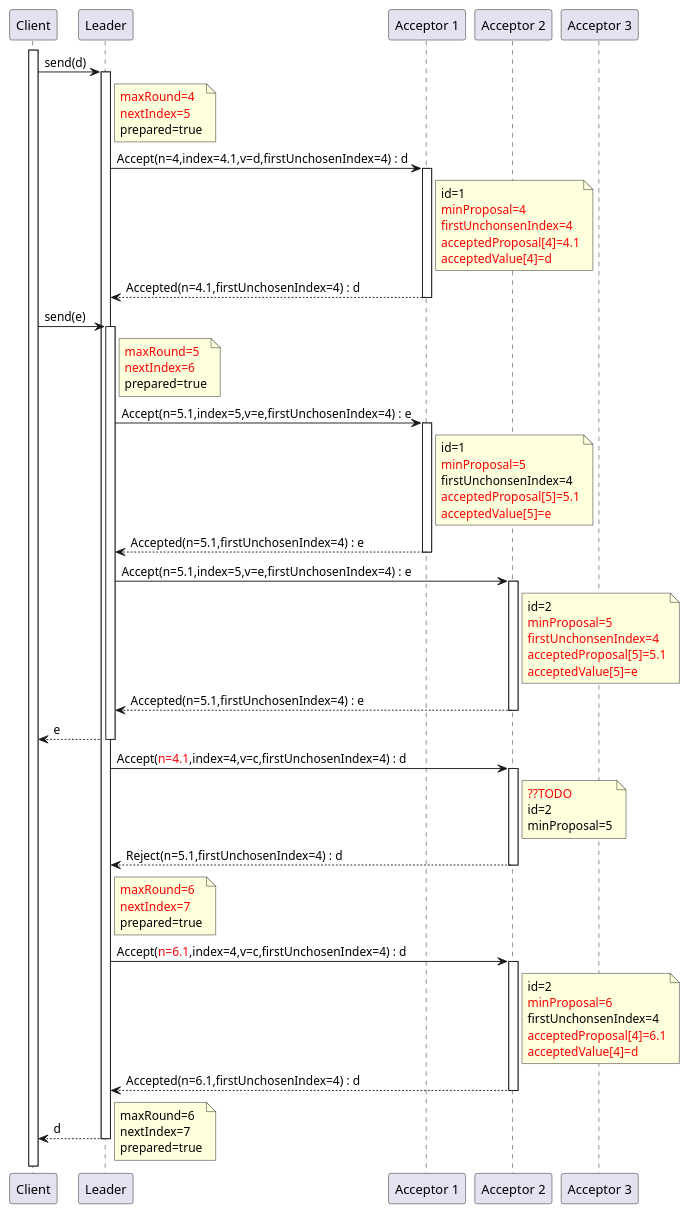
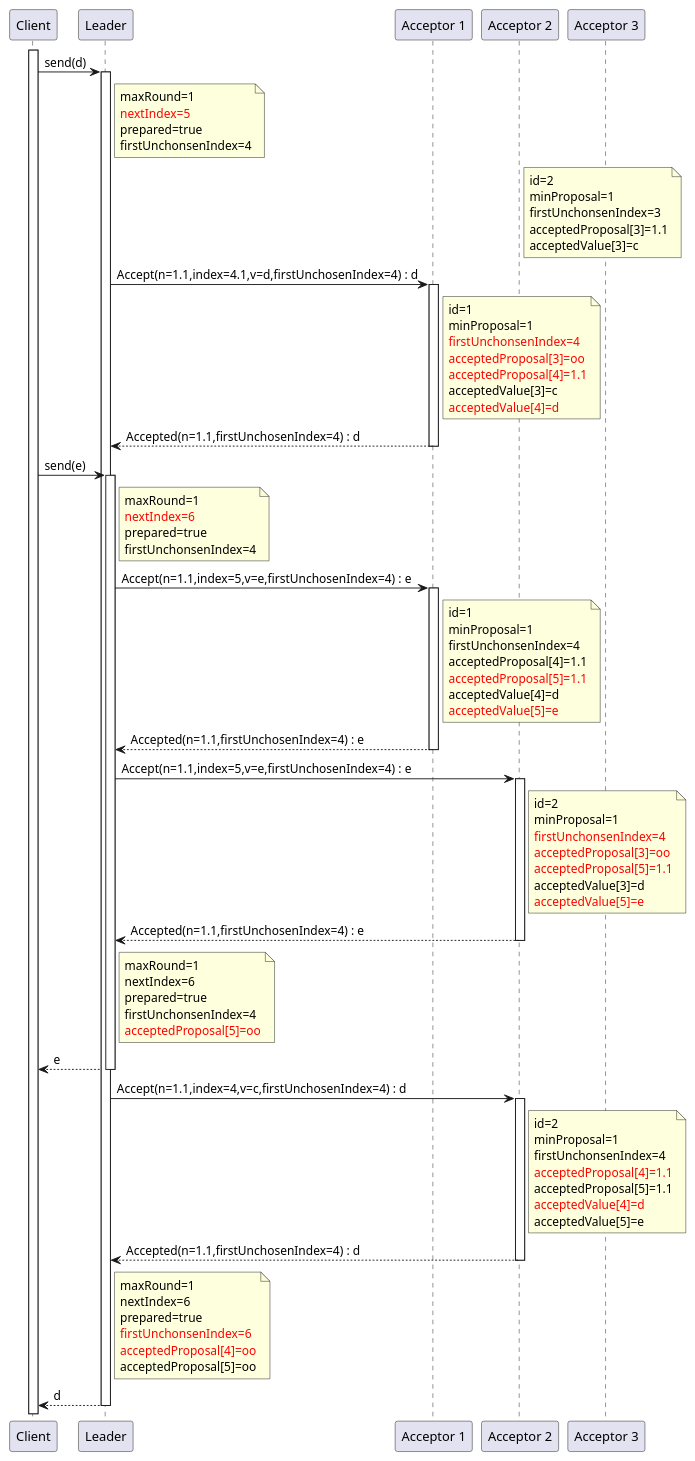
Before and after one commit to nocnob/notfound: the fourth of 4 diagrams in src/pages/posts/distribution-paxos-multi.adoc, drawn with PlantUML. The commit also changed other lines of this file and 3 other files, not shown here.

```diff
--- a/src/pages/posts/distribution-paxos-multi.adoc
+++ b/src/pages/posts/distribution-paxos-multi.adoc
@@ -340,88 +403,102 @@
 
 activate c
 c -> l : send(d)
+activate l
 note right l
-    <font color=red>maxRound=4
+    maxRound=1
     <font color=red>nextIndex=5
     prepared=true
+    firstUnchonsenIndex=4
 end note
-activate l
-    l -> a1 : Accept(n=4,index=4.1,v=d,firstUnchosenIndex=4) : d
+note right a2
+    id=2
+    minProposal=1
+    firstUnchonsenIndex=3
+    acceptedProposal[3]=1.1
+    acceptedValue[3]=c
+end note
+    l -> a1 : Accept(n=1.1,index=4.1,v=d,firstUnchosenIndex=4) : d
     activate a1
     note right a1
         id=1
-        <font color=red>minProposal=4
+        minProposal=1
         <font color=red>firstUnchonsenIndex=4
-        <font color=red>acceptedProposal[4]=4.1
+        <font color=red>acceptedProposal[3]=oo
+        <font color=red>acceptedProposal[4]=1.1
+        acceptedValue[3]=c
         <font color=red>acceptedValue[4]=d
     end note
-    l <-- a1 : Accepted(n=4.1,firstUnchosenIndex=4) : d
+    l <-- a1 : Accepted(n=1.1,firstUnchosenIndex=4) : d
     deactivate a1
 
 c -> l : send(e)
 activate l
 note right l
-    <font color=red>maxRound=5
+    maxRound=1
     <font color=red>nextIndex=6
     prepared=true
+    firstUnchonsenIndex=4
 end note
-    l -> a1 : Accept(n=5.1,index=5,v=e,firstUnchosenIndex=4) : e
+    l -> a1 : Accept(n=1.1,index=5,v=e,firstUnchosenIndex=4) : e
     note right a1
         id=1
-        <font color=red>minProposal=5
+        minProposal=1
         firstUnchonsenIndex=4
-        <font color=red>acceptedProposal[5]=5.1
+        acceptedProposal[4]=1.1
+        <font color=red>acceptedProposal[5]=1.1
+        acceptedValue[4]=d
         <font color=red>acceptedValue[5]=e
     end note
     activate a1
-    l <-- a1 : Accepted(n=5.1,firstUnchosenIndex=4) : e
+    l <-- a1 : Accepted(n=1.1,firstUnchosenIndex=4) : e
     deactivate a1
-    l -> a2 : Accept(n=5.1,index=5,v=e,firstUnchosenIndex=4) : e
+
+    l -> a2 : Accept(n=1.1,index=5,v=e,firstUnchosenIndex=4) : e
     activate a2
     note right a2
         id=2
-        <font color=red>minProposal=5
+        minProposal=1
         <font color=red>firstUnchonsenIndex=4
-        <font color=red>acceptedProposal[5]=5.1
+        <font color=red>acceptedProposal[3]=oo
+        <font color=red>acceptedProposal[5]=1.1
+        acceptedValue[3]=d
         <font color=red>acceptedValue[5]=e
     end note
-    l <-- a2 : Accepted(n=5.1,firstUnchosenIndex=4) : e
+    l <-- a2 : Accepted(n=1.1,firstUnchosenIndex=4) : e
     deactivate a2
+note right l
+    maxRound=1
+    nextIndex=6
+    prepared=true
+    firstUnchonsenIndex=4
+    <font color=red>acceptedProposal[5]=oo
+end note
 c <-- l : e
 deactivate l
 
-    l -> a2 : Accept(<font color=red>n=4.1</font>,index=4,v=c,firstUnchosenIndex=4) : d
+    l -> a2 : Accept(n=1.1,index=4,v=c,firstUnchosenIndex=4) : d
     activate a2
     note right a2
-        <font color=red>??TODO
         id=2
-        minProposal=5
+        minProposal=1
+        firstUnchonsenIndex=4
+        <font color=red>acceptedProposal[4]=1.1
+        acceptedProposal[5]=1.1
+        <font color=red>acceptedValue[4]=d
+        acceptedValue[5]=e
     end note
-    l <-- a2 : Reject(n=5.1,firstUnchosenIndex=4) : d
+    l <-- a2 : Accepted(n=1.1,firstUnchosenIndex=4) : d
     deactivate a2
 
     note right l
-        <font color=red>maxRound=6
-        <font color=red>nextIndex=7
+        maxRound=1
+        nextIndex=6
         prepared=true
+        <font color=red>firstUnchonsenIndex=6
+        <font color=red>acceptedProposal[4]=oo
+        acceptedProposal[5]=oo
     end note
-    l -> a2 : Accept(<font color=red>n=6.1</font>,index=4,v=c,firstUnchosenIndex=4) : d
-    activate a2
-    note right a2
-        id=2
-        <font color=red>minProposal=6
-        firstUnchonsenIndex=4
-        <font color=red>acceptedProposal[4]=6.1
-        <font color=red>acceptedValue[4]=d
-    end note
-    l <-- a2 : Accepted(n=6.1,firstUnchosenIndex=4) : d
-    deactivate a2
 c <-- l : d
 deactivate l
-note right
-    maxRound=6
-    nextIndex=7
-    prepared=true
-end note
 @enduml
 ----
```
